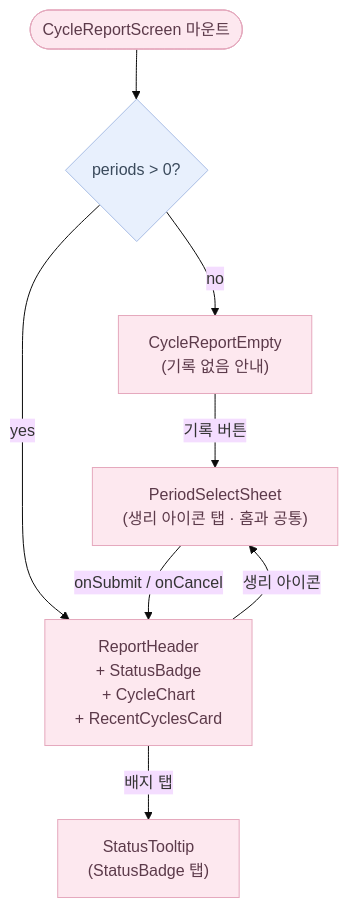
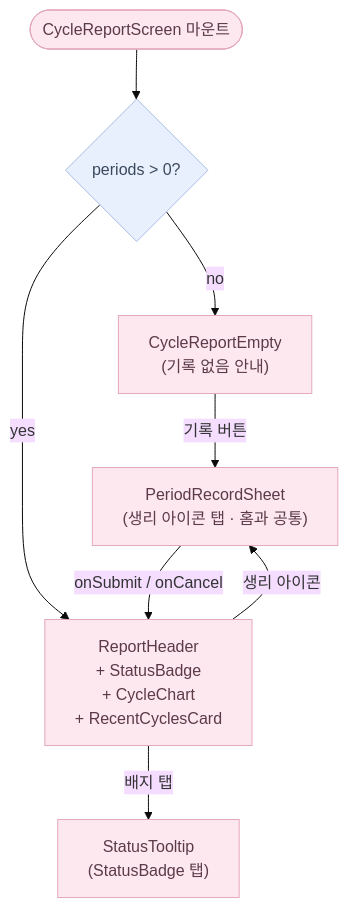
Before and after one commit to soojjung/dwee-wellness-tracker: the second of 5 diagrams in docs/flows/log.md, drawn with Mermaid (base theme). The commit also changed other lines of this file and 54 other files, not shown here.

First line of the commit message:
fix(ios): TestFlight round 7 — sheet safe area, period picker & save errors, tab nav recovery, build 8 (#81)

````diff
--- a/docs/flows/log.md
+++ b/docs/flows/log.md
@@ -42,22 +42,22 @@
 ```mermaid
 flowchart TD
     Mount(["CycleReportScreen 마운트"])
     HasPeriods{"periods > 0?"}
     Empty["CycleReportEmpty\n(기록 없음 안내)"]
     Report["ReportHeader\n+ StatusBadge\n+ CycleChart\n+ RecentCyclesCard"]
     Tooltip["StatusTooltip\n(StatusBadge 탭)"]
-    Dialog["PeriodSelectSheet\n(생리 아이콘 탭 · 홈과 공통)"]
+    Dialog["PeriodRecordSheet\n(생리 아이콘 탭 · 홈과 공통)"]
 
     Mount --> HasPeriods
     HasPeriods -- no --> Empty
     HasPeriods -- yes --> Report
     Report -->|"배지 탭"| Tooltip
     Report -->|"생리 아이콘"| Dialog
     Empty -->|"기록 버튼"| Dialog
     Dialog -->|"onSubmit / onCancel"| Report
 
     classDef ui fill:#FDE8EF,stroke:#E5A8BD,color:#5C3A4A;
     classDef logic fill:#E8F0FD,stroke:#A8BDE5,color:#3A4A5C;
     class Mount,Empty,Report,Tooltip,Dialog ui;
     class HasPeriods logic;
 ```
````
